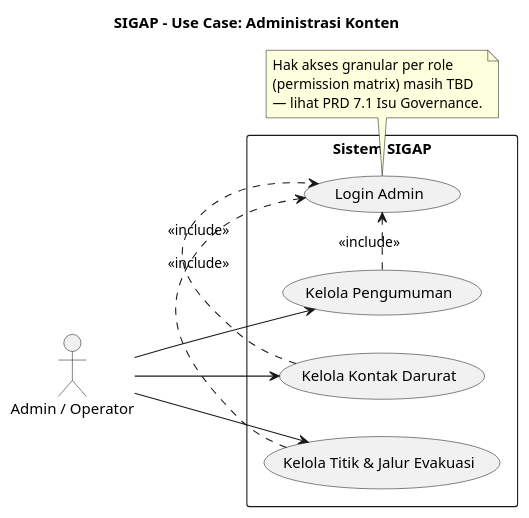
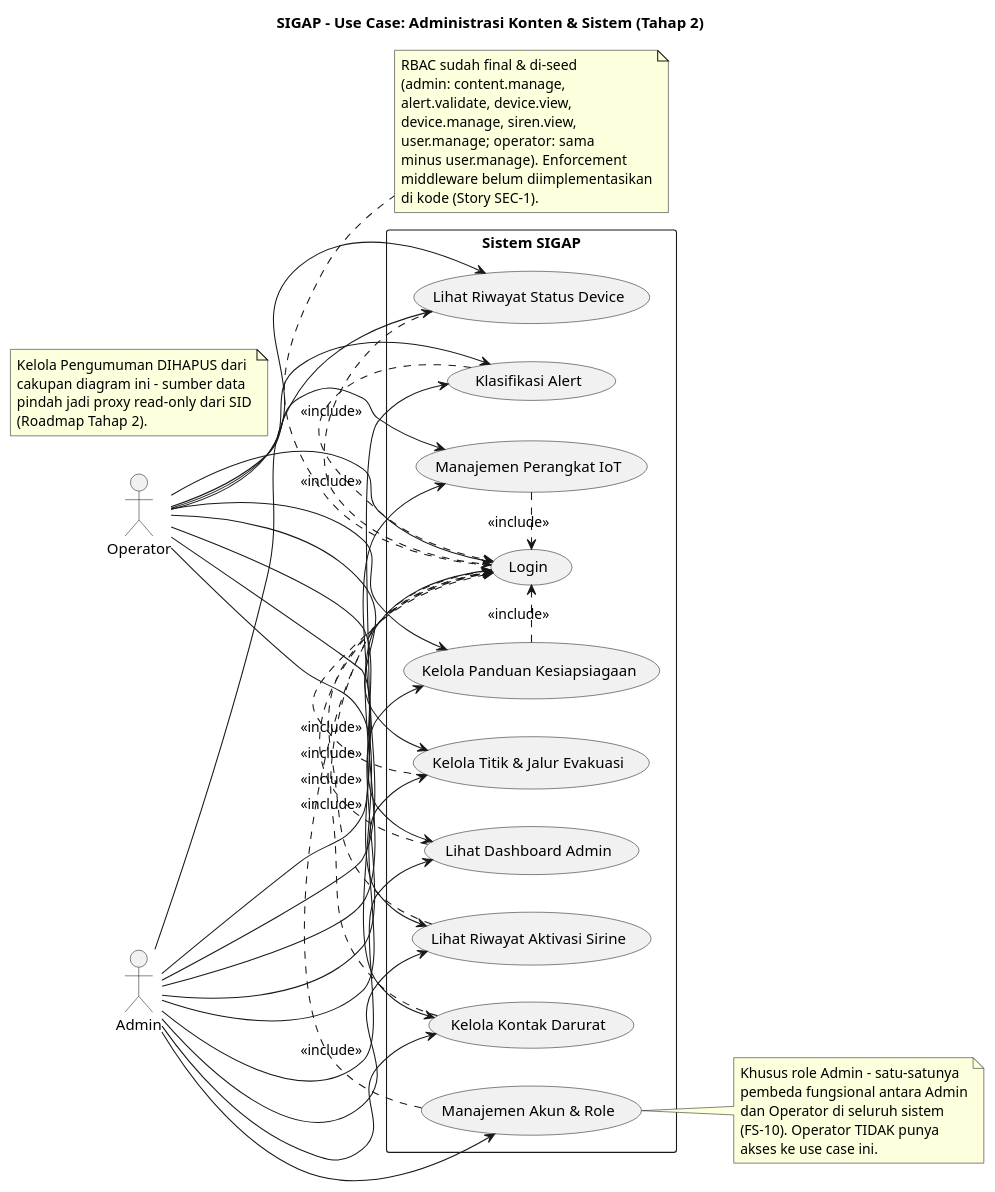
One commit to Vextronode/sigap_app changed the diagram in docs/business/usecase/uc_admin_dashboard.puml. Above: the diagram before and after it, drawn with PlantUML. The commit also changed 34 other files, not shown here.

```diff
--- a/docs/business/usecase/uc_admin_dashboard.puml
+++ b/docs/business/usecase/uc_admin_dashboard.puml
@@ -1,28 +1,73 @@
 @startuml uc_admin_dashboard
 left to right direction
-title SIGAP - Use Case: Administrasi Konten
+title SIGAP - Use Case: Administrasi Konten & Sistem (Tahap 2)
 
-actor "Admin / Operator" as Admin
+actor "Admin" as Admin
+actor "Operator" as Operator
 
 rectangle "Sistem SIGAP" {
-  usecase "Login Admin" as UC0
-  usecase "Kelola Pengumuman" as UC5
+  usecase "Login" as UC0
   usecase "Kelola Kontak Darurat" as UC6
   usecase "Kelola Titik & Jalur Evakuasi" as UC7
+  usecase "Kelola Panduan Kesiapsiagaan" as UC7b
+  usecase "Klasifikasi Alert" as UC8b
+  usecase "Manajemen Perangkat IoT" as UC12
+  usecase "Lihat Riwayat Status Device" as UC13
+  usecase "Lihat Riwayat Aktivasi Sirine" as UC14
+  usecase "Manajemen Akun & Role" as UC15
+  usecase "Lihat Dashboard Admin" as UC16
 }
 
-Admin --> UC5
+Admin --> UC0
+Operator --> UC0
+
 Admin --> UC6
+Operator --> UC6
 Admin --> UC7
+Operator --> UC7
+Admin --> UC7b
+Operator --> UC7b
+Admin --> UC8b
+Operator --> UC8b
+Admin --> UC12
+Operator --> UC12
+Admin --> UC13
+Operator --> UC13
+Admin --> UC14
+Operator --> UC14
+Admin --> UC16
+Operator --> UC16
 
-UC5 .> UC0 : <<include>>
+Admin --> UC15
+note right of UC15
+  Khusus role Admin - satu-satunya
+  pembeda fungsional antara Admin
+  dan Operator di seluruh sistem
+  (FS-10). Operator TIDAK punya
+  akses ke use case ini.
+end note
+
 UC6 .> UC0 : <<include>>
 UC7 .> UC0 : <<include>>
+UC7b .> UC0 : <<include>>
+UC8b .> UC0 : <<include>>
+UC12 .> UC0 : <<include>>
+UC13 .> UC0 : <<include>>
+UC14 .> UC0 : <<include>>
+UC15 .> UC0 : <<include>>
+UC16 .> UC0 : <<include>>
 
 note bottom of UC0
-  Hak akses granular per role
-  (permission matrix) masih TBD
-  — lihat PRD 7.1 Isu Governance.
+  RBAC sudah final & di-seed
+  (admin: content.manage,
+  alert.validate, device.view,
+  device.manage, siren.view,
+  user.manage; operator: sama
+  minus user.manage). Enforcement
+  middleware belum diimplementasikan
+  di kode (Story SEC-1).
 end note
 
+note "Kelola Pengumuman DIHAPUS dari\ncakupan diagram ini - sumber data\npindah jadi proxy read-only dari SID\n(Roadmap Tahap 2)." as N1
+
 @enduml
```
